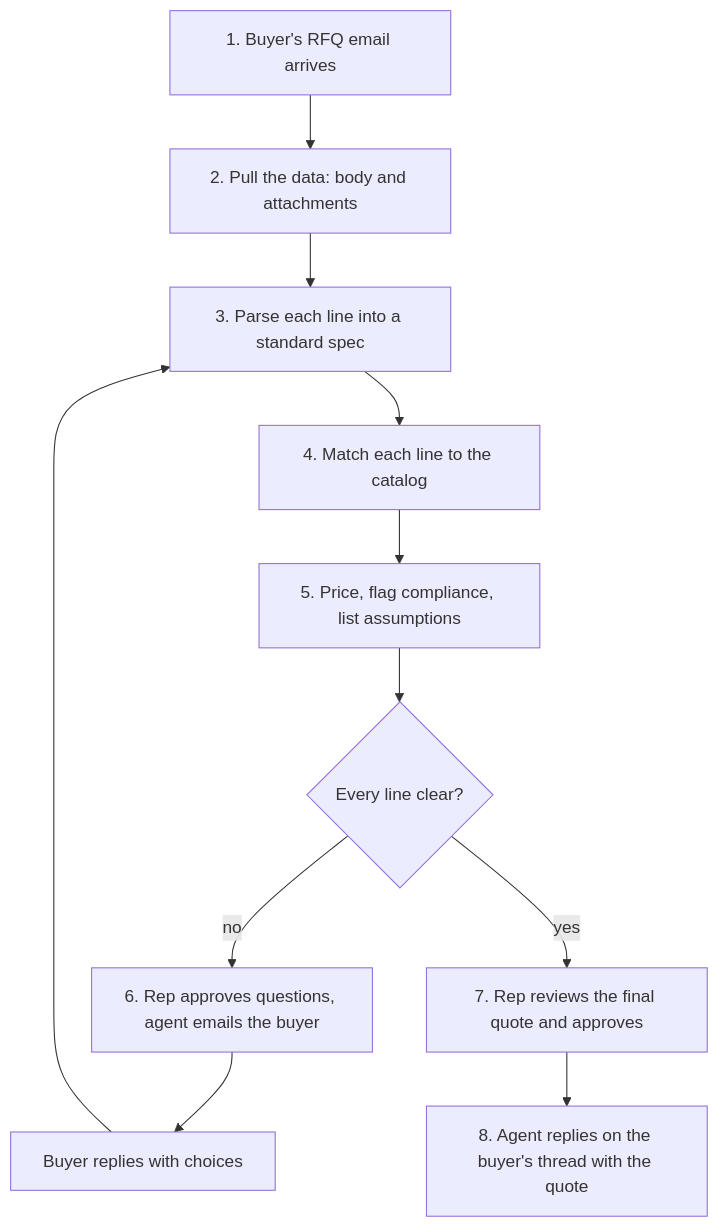
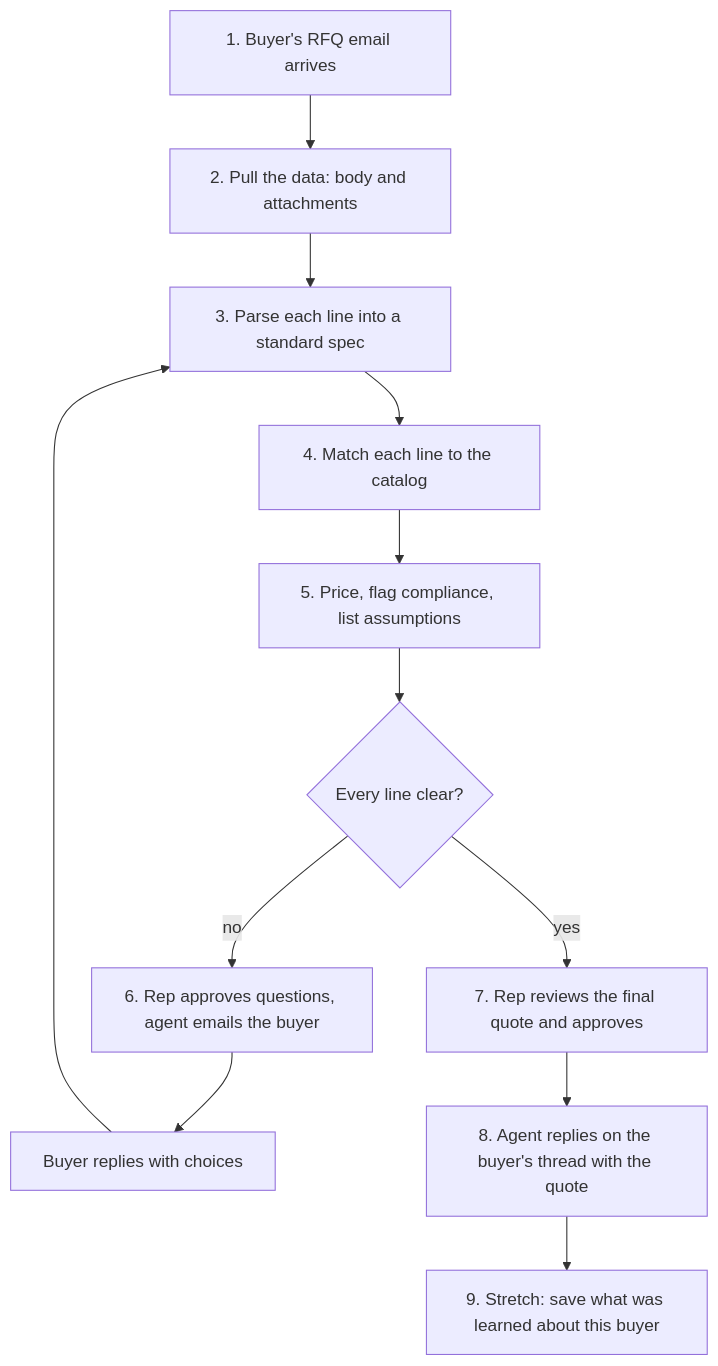
The diagram in docs/product/WORKFLOW.md (kenxle/columbia-startup-lab-get-hired-hack), drawn with Mermaid before and after one commit. The commit also changed other lines of this file, not shown here.

Commit message:
Workflow: stretch step 9, learn the buyer

````diff
--- a/docs/product/WORKFLOW.md
+++ b/docs/product/WORKFLOW.md
@@ -20,13 +20,14 @@
 ```mermaid
 flowchart TD
     A["1. Buyer's RFQ email arrives"] --> B["2. Pull the data: body and attachments"]
     B --> C["3. Parse each line into a standard spec"]
     C --> D["4. Match each line to the catalog"]
     D --> E["5. Price, flag compliance, list assumptions"]
     E --> F{"Every line clear?"}
     F -- no --> G["6. Rep approves questions, agent emails the buyer"]
     G --> H["Buyer replies with choices"]
     H --> C
     F -- yes --> I["7. Rep reviews the final quote and approves"]
     I --> J["8. Agent replies on the buyer's thread with the quote"]
+    J --> K["9. Stretch: save what was learned about this buyer"]
 ```
````
